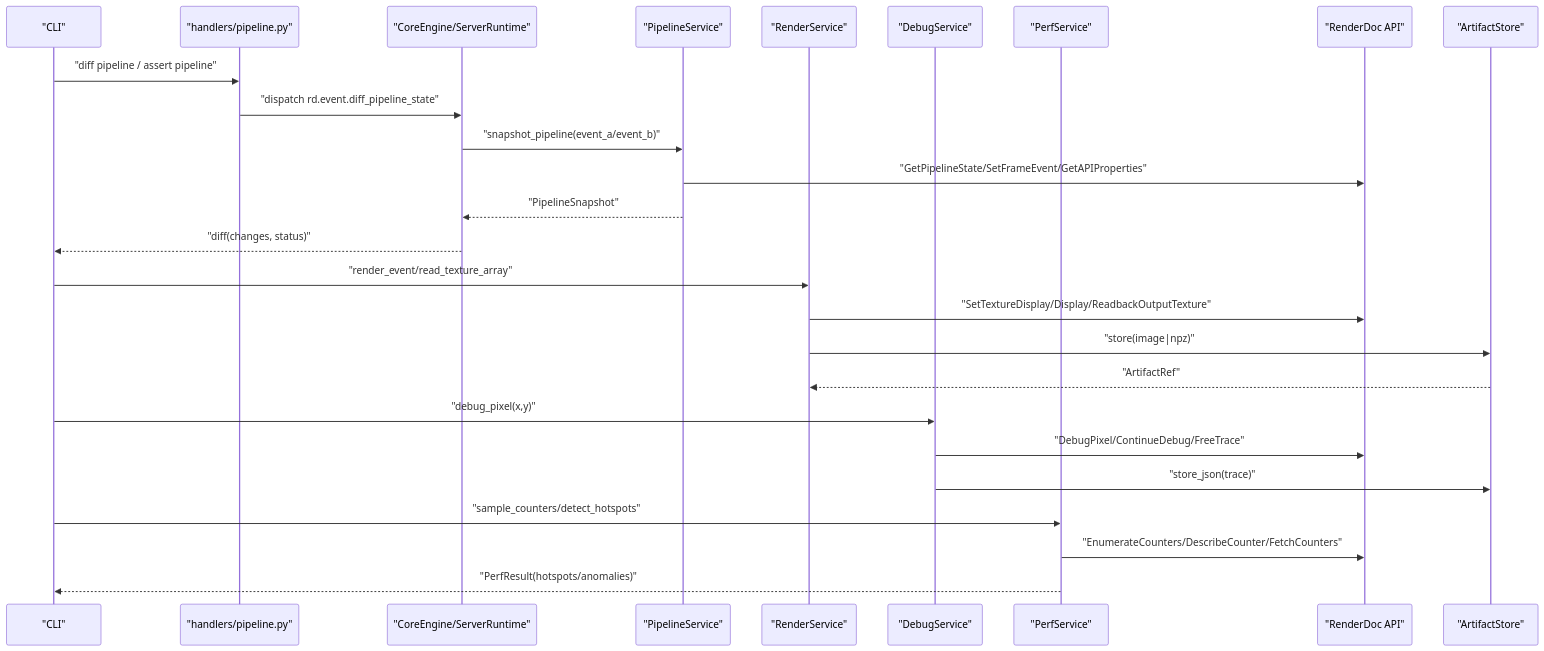
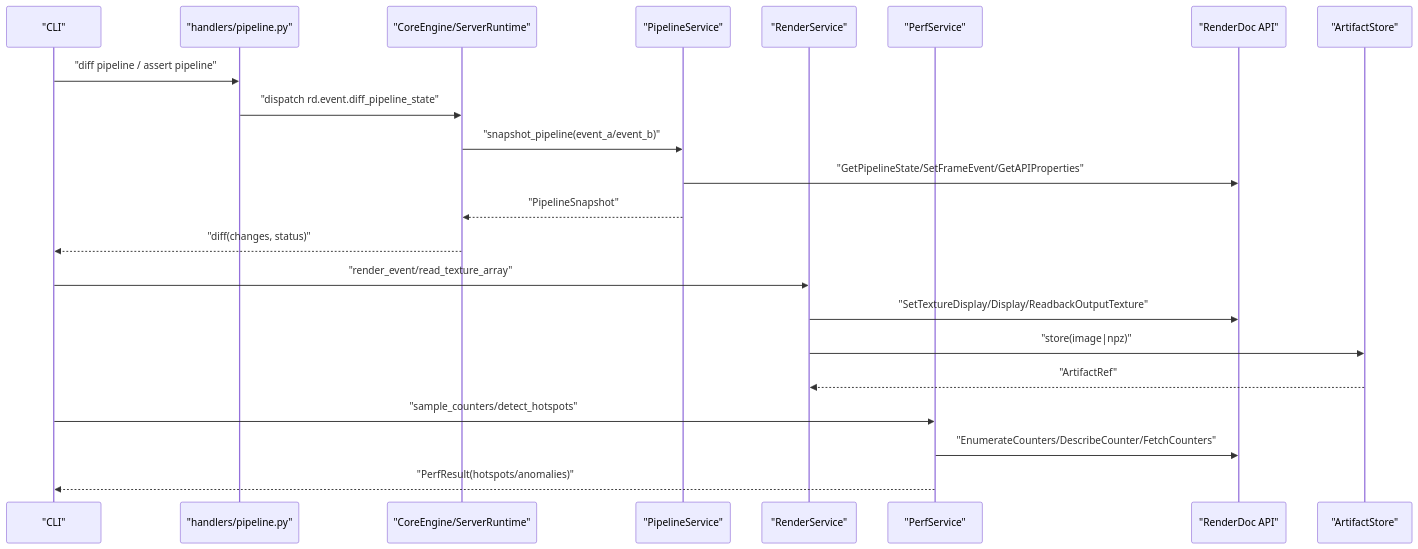
The second of 6 diagrams in .qoder/repowiki/zh/content/核心概念/管线状态/管线状态.md (haolange/RDC-Tool), drawn with Mermaid before and after one commit. The commit also changed other lines of this file and 79 other files, not shown here.

````diff
--- a/.qoder/repowiki/zh/content/核心概念/管线状态/管线状态.md
+++ b/.qoder/repowiki/zh/content/核心概念/管线状态/管线状态.md
@@ -116,28 +113,24 @@
 ```mermaid
 sequenceDiagram
 participant CLI as "CLI"
 participant Handler as "handlers/pipeline.py"
 participant Engine as "CoreEngine/ServerRuntime"
 participant PS as "PipelineService"
 participant RS as "RenderService"
-participant DS as "DebugService"
 participant PF as "PerfService"
 participant RD as "RenderDoc API"
 participant AS as "ArtifactStore"
 CLI->>Handler : "diff pipeline / assert pipeline"
 Handler->>Engine : "dispatch rd.event.diff_pipeline_state"
 Engine->>PS : "snapshot_pipeline(event_a/event_b)"
 PS->>RD : "GetPipelineState/SetFrameEvent/GetAPIProperties"
 PS-->>Engine : "PipelineSnapshot"
 Engine-->>CLI : "diff(changes, status)"
 CLI->>RS : "render_event/read_texture_array"
 RS->>RD : "SetTextureDisplay/Display/ReadbackOutputTexture"
 RS->>AS : "store(image|npz)"
 AS-->>RS : "ArtifactRef"
-CLI->>DS : "debug_pixel(x,y)"
-DS->>RD : "DebugPixel/ContinueDebug/FreeTrace"
-DS->>AS : "store_json(trace)"
 CLI->>PF : "sample_counters/detect_hotspots"
 PF->>RD : "EnumerateCounters/DescribeCounter/FetchCounters"
 PF-->>CLI : "PerfResult(hotspots/anomalies)"
 ```
````
